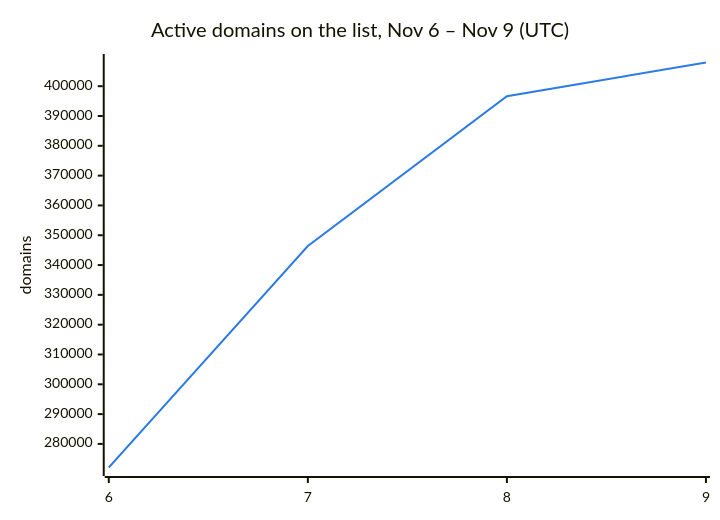
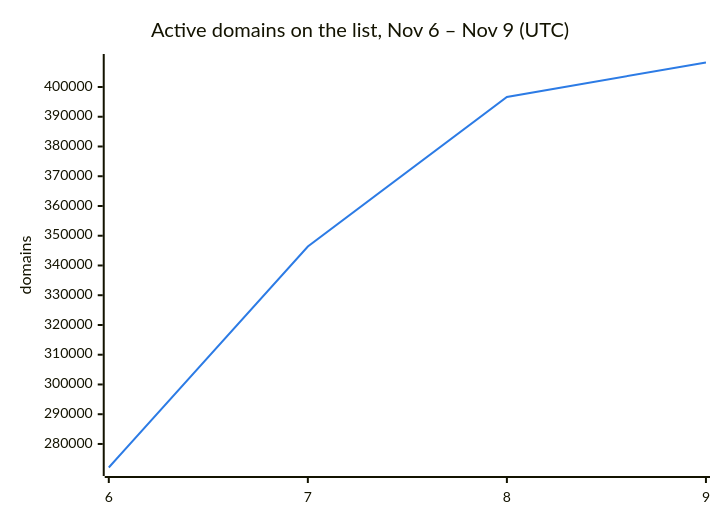
One commit to DNSBunker/CTI changed the second of 3 diagrams in README.md. Above: the diagram before and after it, drawn with Mermaid. The commit also changed other lines of this file and 3 other files, not shown here.

````diff
--- a/README.md
+++ b/README.md
@@ -38,8 +38,8 @@
 ```mermaid
 %%{init: {"themeVariables": {"xyChart": {"plotColorPalette": "#2c7be5"}}}}%%
 xychart-beta
     title "Active domains on the list, Nov 6 – Nov 9 (UTC)"
     x-axis ["6", "7", "8", "9"]
     y-axis "domains"
-    line [272088, 346388, 396638, 407947]
+    line [272088, 346388, 396638, 408234]
 ```
````
